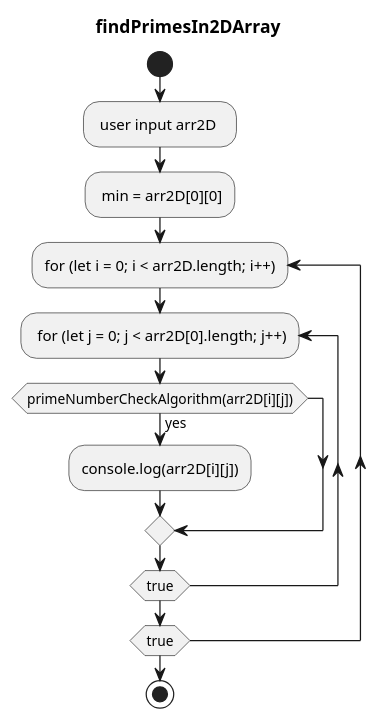
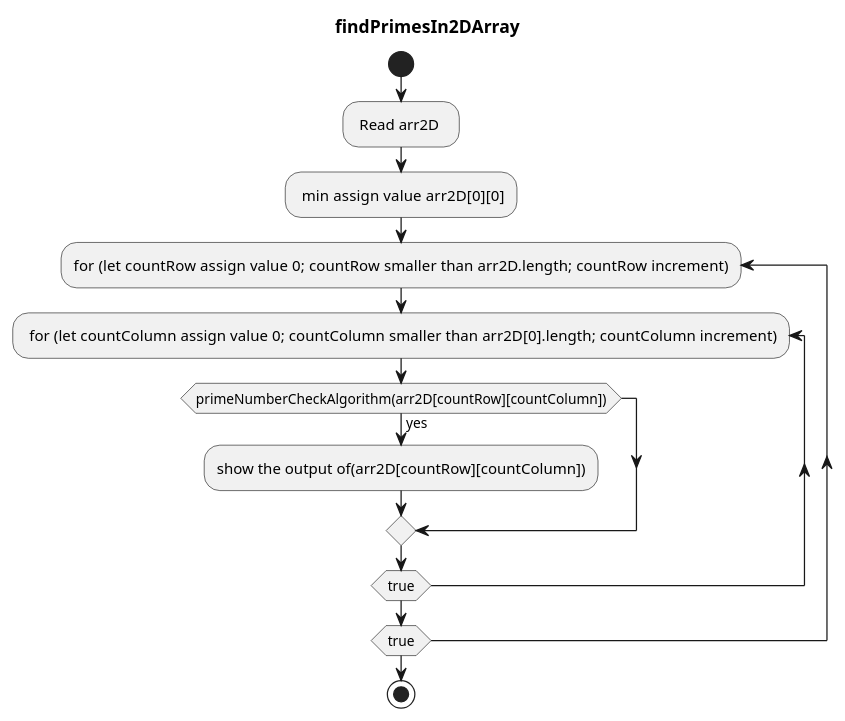
Before and after one commit to codingPhuc/B-i-t-p-nh-p-m-n-l-p-tr-nh: the diagram in diagram/12d.wsd, drawn with PlantUML. The commit also changed 102 other files, not shown here.

```diff
--- a/diagram/12d.wsd
+++ b/diagram/12d.wsd
@@ -2,14 +2,14 @@
 @startuml findPrimesIn2DArray
 title findPrimesIn2DArray
 start
-: user input arr2D  ;
-: min = arr2D[0][0];
-repeat:for (let i = 0; i < arr2D.length; i++)   
-    repeat: for (let j = 0; j < arr2D[0].length; j++)   
-    if (primeNumberCheckAlgorithm(arr2D[i][j])) then (yes ) 
-        :console.log(arr2D[i][j]);
+: Read arr2D  ;
+: min assign value  arr2D[0][0];
+repeat:for (let countRow assign value  0; countRow smaller than  arr2D.length; countRow increment)   
+    repeat: for (let countColumn assign value  0; countColumn smaller than  arr2D[0].length; countColumn increment)   
+    if (primeNumberCheckAlgorithm(arr2D[countRow][countColumn])) then (yes ) 
+        :show the output of(arr2D[countRow][countColumn]);
     endif 
 repeat while(true)
 repeat while(true)
 stop
 @enduml
```
